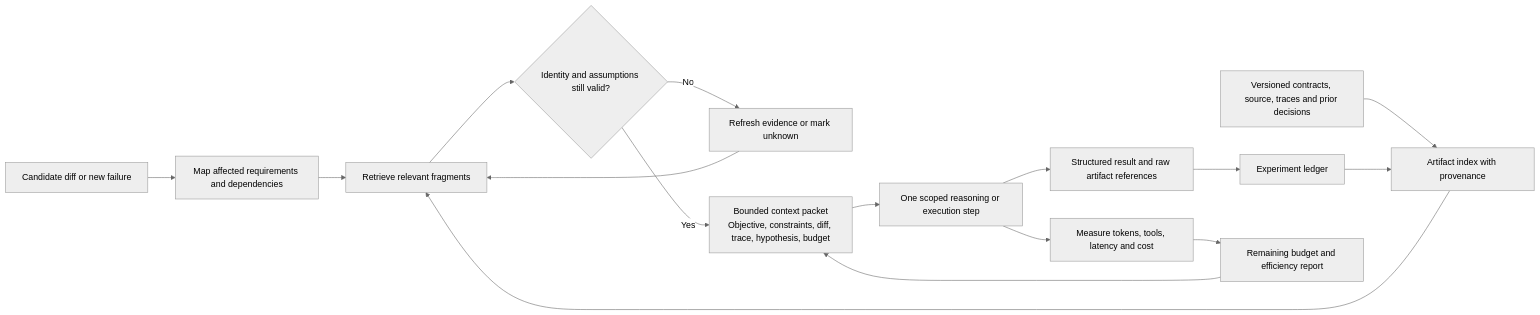
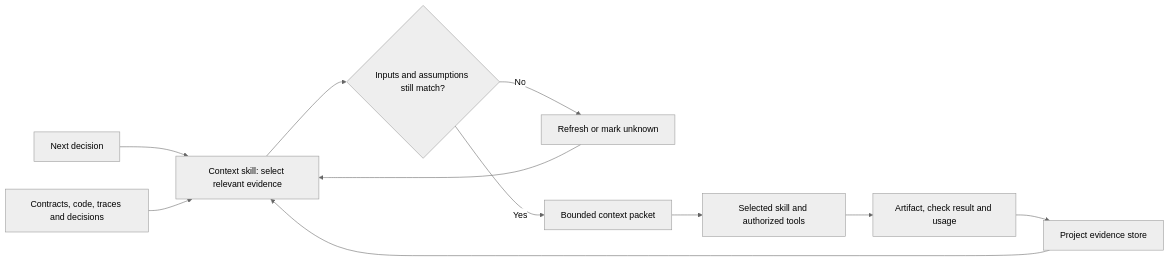
Before and after one commit to bijit-ghosh/Agent-Skills: the second of 4 diagrams in docs/ARCHITECTURE.md, drawn with Mermaid (neutral theme). The commit also changed other lines of this file and 6 other files, not shown here.

Commit message:
Synchronize architecture, examples, installation and evidence across the 15-skill lifecycle

````diff
--- a/docs/ARCHITECTURE.md
+++ b/docs/ARCHITECTURE.md
@@ -98,18 +98,13 @@
 ```mermaid
 flowchart LR
-    CHANGE["Candidate diff or new failure"] --> IMPACT["Map affected requirements and dependencies"]
-    SOURCES["Versioned contracts, source, traces and prior decisions"] --> INDEX["Artifact index with provenance"]
-    IMPACT --> RETRIEVE["Retrieve relevant fragments"]
-    INDEX --> RETRIEVE
-    RETRIEVE --> FRESH{"Identity and assumptions still valid?"}
-    FRESH -->|"No"| REFRESH["Refresh evidence or mark unknown"]
-    REFRESH --> RETRIEVE
-    FRESH -->|"Yes"| PACKET["Bounded context packet<br/>Objective, constraints, diff, trace, hypothesis, budget"]
-    PACKET --> STEP["One scoped reasoning or execution step"]
-    STEP --> RESULT["Structured result and raw artifact references"]
-    RESULT --> LEDGER["Experiment ledger"]
-    LEDGER --> INDEX
-    STEP --> COST["Measure tokens, tools, latency and cost"]
-    COST --> BUDGET["Remaining budget and efficiency report"]
-    BUDGET --> PACKET
+    Next["Next decision"] --> Scope["Context skill: select relevant evidence"]
+    Sources["Contracts, code, traces and decisions"] --> Scope
+    Scope --> Identity{"Inputs and assumptions still match?"}
+    Identity -->|"No"| Refresh["Refresh or mark unknown"]
+    Refresh --> Scope
+    Identity -->|"Yes"| Packet["Bounded context packet"]
+    Packet --> Skill["Selected skill and authorized tools"]
+    Skill --> Result["Artifact, check result and usage"]
+    Result --> Ledger["Project evidence store"]
+    Ledger --> Scope
 ```
````
